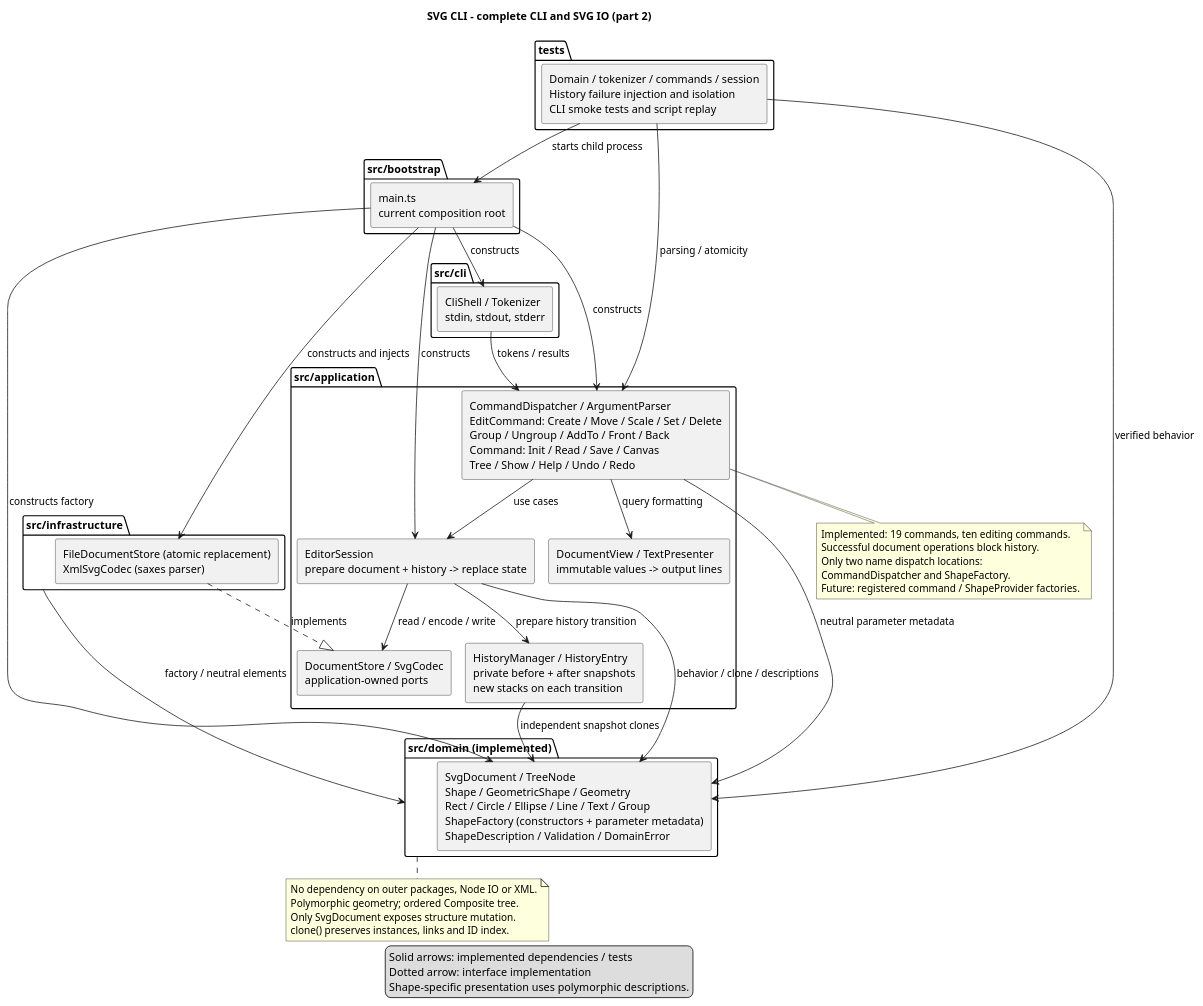
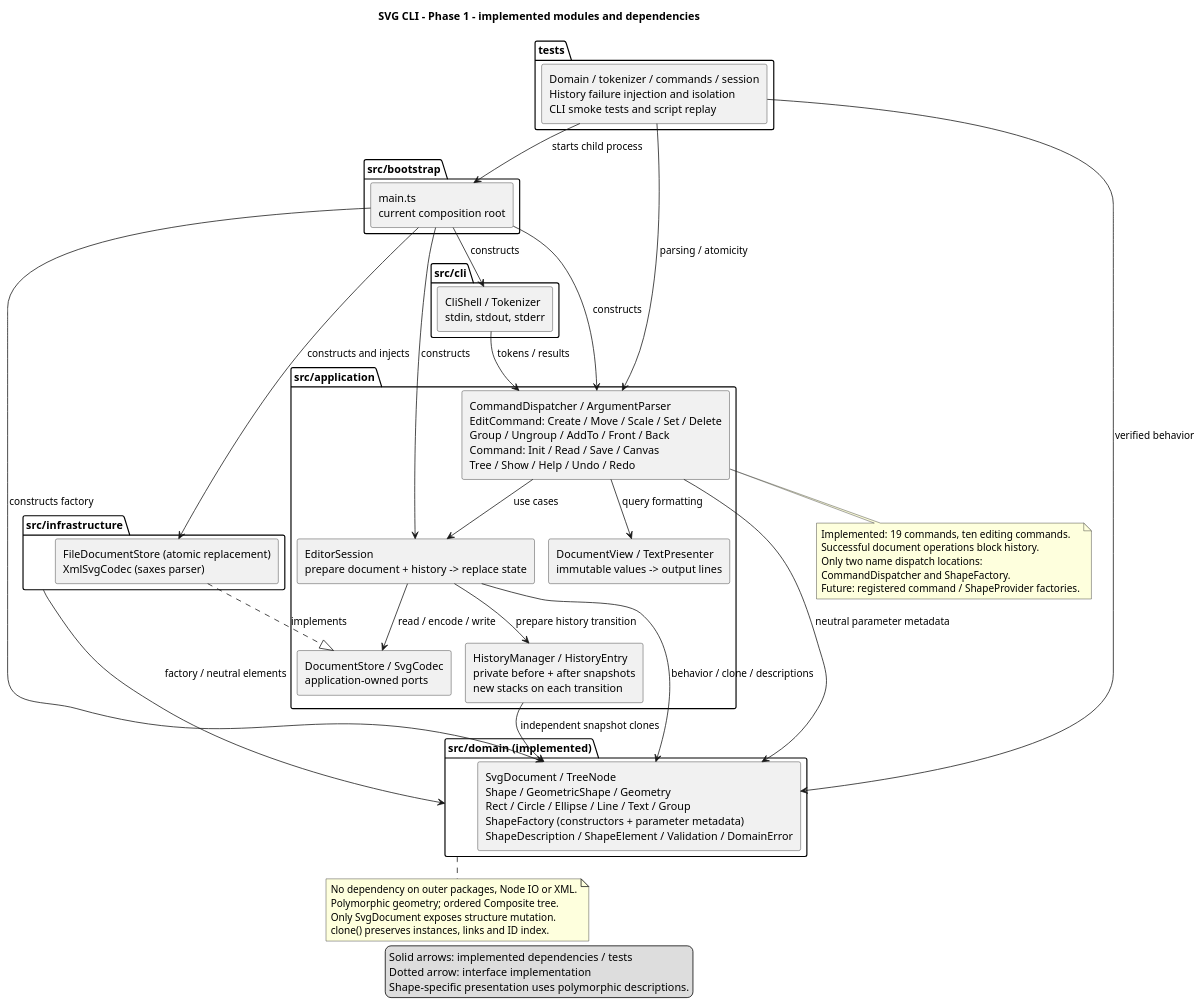
The diagram in doc/architecture.puml (arcflute/svg-editor-cli), drawn with PlantUML before and after one commit. The commit also changed 18 other files, not shown here.

Commit message:
test: verify complete CLI workflows and document final delivery

```diff
--- a/doc/architecture.puml
+++ b/doc/architecture.puml
@@ -1,67 +1,67 @@
 @startuml
 !pragma layout smetana
-title SVG CLI - complete CLI and SVG IO (part 2)
+title SVG CLI - Phase 1 - implemented modules and dependencies
 skinparam componentStyle rectangle
 skinparam shadowing false
 
 package "src/bootstrap" as Bootstrap {
   component "main.ts\ncurrent composition root" as Main
 }
 package "src/cli" as CLI {
   component "CliShell / Tokenizer\nstdin, stdout, stderr" as Shell
 }
 package "src/application" as Application {
   component "CommandDispatcher / ArgumentParser\nEditCommand: Create / Move / Scale / Set / Delete\nGroup / Ungroup / AddTo / Front / Back\nCommand: Init / Read / Save / Canvas\nTree / Show / Help / Undo / Redo" as Commands
   component "EditorSession\nprepare document + history -> replace state" as Session
   component "HistoryManager / HistoryEntry\nprivate before + after snapshots\nnew stacks on each transition" as History
   component "DocumentView / TextPresenter\nimmutable values -> output lines" as Presentation
   component "DocumentStore / SvgCodec\napplication-owned ports" as Ports
 }
 package "src/domain (implemented)" as Domain {
-  component "SvgDocument / TreeNode\nShape / GeometricShape / Geometry\nRect / Circle / Ellipse / Line / Text / Group\nShapeFactory (constructors + parameter metadata)\nShapeDescription / Validation / DomainError" as Model
+  component "SvgDocument / TreeNode\nShape / GeometricShape / Geometry\nRect / Circle / Ellipse / Line / Text / Group\nShapeFactory (constructors + parameter metadata)\nShapeDescription / ShapeElement / Validation / DomainError" as Model
 }
 package "src/infrastructure" as Infrastructure {
   component "FileDocumentStore (atomic replacement)\nXmlSvgCodec (saxes parser)" as Adapters
 }
 package "tests" as Tests {
   component "Domain / tokenizer / commands / session\nHistory failure injection and isolation\nCLI smoke tests and script replay" as Checks
 }
 
 Main --> Shell : constructs
 Main --> Commands : constructs
 Main --> Session : constructs
 Main --> Model : constructs factory
 Main --> Adapters : constructs and injects
 Shell --> Commands : tokens / results
 Commands --> Session : use cases
 Commands --> Presentation : query formatting
 Session --> Model : behavior / clone / descriptions
 Session --> History : prepare history transition
 History --> Model : independent snapshot clones
 Commands --> Model : neutral parameter metadata
 Adapters ..|> Ports : implements
 Session --> Ports : read / encode / write
 Infrastructure --> Domain : factory / neutral elements
 Checks --> Model : verified behavior
 Checks --> Commands : parsing / atomicity
 Checks --> Main : starts child process
 
 note bottom of Domain
   No dependency on outer packages, Node IO or XML.
   Polymorphic geometry; ordered Composite tree.
   Only SvgDocument exposes structure mutation.
   clone() preserves instances, links and ID index.
 end note
 note bottom of Commands
   Implemented: 19 commands, ten editing commands.
   Successful document operations block history.
   Only two name dispatch locations:
   CommandDispatcher and ShapeFactory.
   Future: registered command / ShapeProvider factories.
 end note
 legend bottom
   Solid arrows: implemented dependencies / tests
   Dotted arrow: interface implementation
   Shape-specific presentation uses polymorphic descriptions.
 endlegend
 @enduml
```
